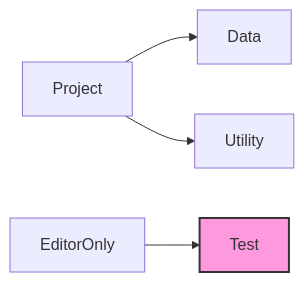
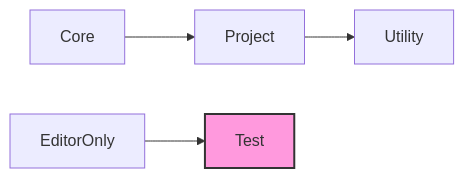
Before and after one commit to HyunWoo-Jo/ProjectHS: the third of 3 diagrams in _Doc/System.md, drawn with Mermaid. The commit also changed other lines of this file, not shown here.

````diff
--- a/_Doc/System.md
+++ b/_Doc/System.md
@@ -93,8 +107,8 @@
 ```mermaid
 graph LR
-Project --> Data 
+Core --> Project
 Project --> Utility
 EditorOnly --> Test;
 
   style Test fill:#f9d,stroke:#333,stroke-width:2px
 ```
````
